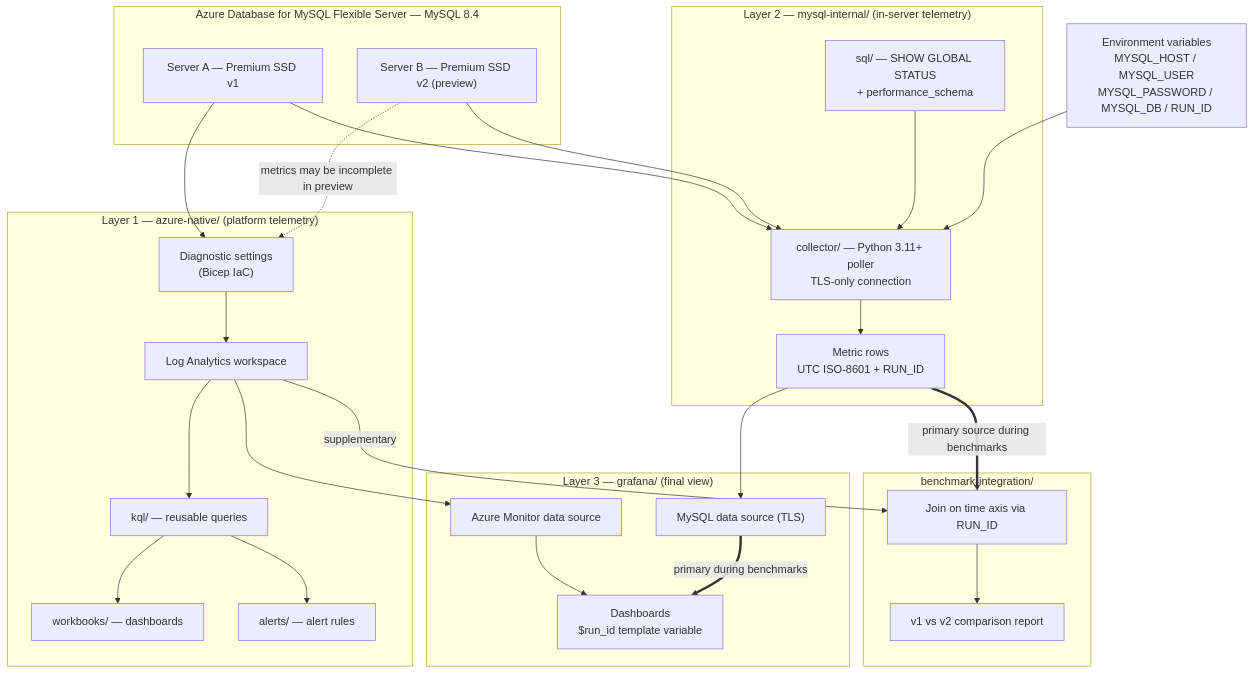
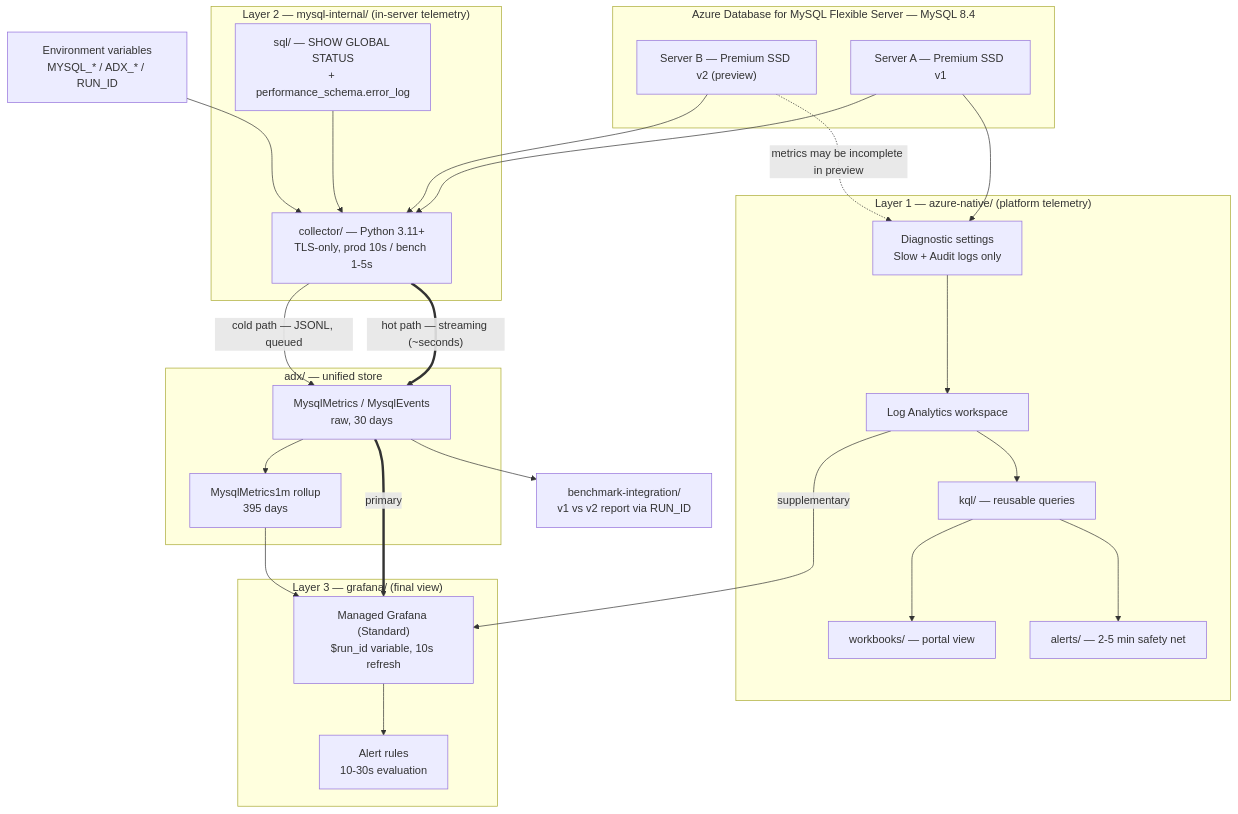
The diagram in README.md (DalBamS/azure-mysql-monitoring), drawn with Mermaid before and after one commit. The commit also changed other lines of this file and 19 other files, not shown here.

First line of the commit message:
Add Azure Data Explorer as the unified telemetry store

````diff
--- a/README.md
+++ b/README.md
@@ -15,56 +15,55 @@
 ```mermaid
 flowchart TB
     subgraph AZ["Azure Database for MySQL Flexible Server — MySQL 8.4"]
         SRV1["Server A — Premium SSD v1"]
         SRV2["Server B — Premium SSD v2 (preview)"]
     end
 
     subgraph L1["Layer 1 — azure-native/ (platform telemetry)"]
-        DIAG["Diagnostic settings<br/>(Bicep IaC)"]
+        DIAG["Diagnostic settings<br/>Slow + Audit logs only"]
         LAW["Log Analytics workspace"]
         KQL["kql/ — reusable queries"]
-        WB["workbooks/ — dashboards"]
-        AL["alerts/ — alert rules"]
+        WB["workbooks/ — portal view"]
+        AL["alerts/ — 2-5 min safety net"]
     end
 
     subgraph L2["Layer 2 — mysql-internal/ (in-server telemetry)"]
-        COL["collector/ — Python 3.11+ poller<br/>TLS-only connection"]
-        SQL["sql/ — SHOW GLOBAL STATUS<br/>+ performance_schema"]
-        OUT["Metric rows<br/>UTC ISO-8601 + RUN_ID"]
+        COL["collector/ — Python 3.11+<br/>TLS-only, prod 10s / bench 1-5s"]
+        SQL["sql/ — SHOW GLOBAL STATUS<br/>+ performance_schema.error_log"]
     end
 
-    subgraph BI["benchmark-integration/"]
-        JOIN["Join on time axis via RUN_ID"]
-        REP["v1 vs v2 comparison report"]
+    subgraph ST["adx/ — unified store"]
+        RAW["MysqlMetrics / MysqlEvents<br/>raw, 30 days"]
+        MV["MysqlMetrics1m rollup<br/>395 days"]
+        RAW --> MV
     end
 
     subgraph L3["Layer 3 — grafana/ (final view)"]
-        DSA["Azure Monitor data source"]
-        DSM["MySQL data source (TLS)"]
-        DASH["Dashboards<br/>$run_id template variable"]
+        DASH["Managed Grafana (Standard)<br/>$run_id variable, 10s refresh"]
+        GAL["Alert rules<br/>10-30s evaluation"]
     end
 
-    ENV["Environment variables<br/>MYSQL_HOST / MYSQL_USER<br/>MYSQL_PASSWORD / MYSQL_DB / RUN_ID"]
+    ENV["Environment variables<br/>MYSQL_* / ADX_* / RUN_ID"]
 
     SRV1 --> DIAG
     SRV2 -. "metrics may be incomplete in preview" .-> DIAG
     DIAG --> LAW
     LAW --> KQL
     KQL --> WB
     KQL --> AL
 
     SRV1 --> COL
     SRV2 --> COL
     SQL --> COL
     ENV --> COL
-    COL --> OUT
 
-    OUT ==> |primary source during benchmarks| JOIN
-    LAW --> |supplementary| JOIN
-    JOIN --> REP
+    COL ==> |"hot path — streaming (~seconds)"| RAW
+    COL --> |"cold path — JSONL, queued"| RAW
 
-    LAW --> DSA
-    OUT --> DSM
-    DSA --> DASH
-    DSM ==> |primary during benchmarks| DASH
+    RAW ==> |primary| DASH
+    MV --> DASH
+    LAW --> |supplementary| DASH
+    DASH --> GAL
+
+    RAW --> BI["benchmark-integration/<br/>v1 vs v2 report via RUN_ID"]
 ```
````
